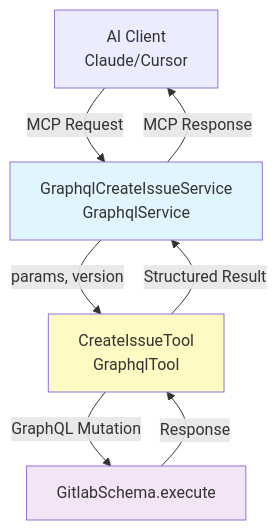
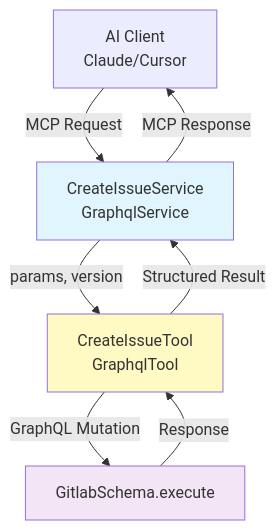
Before and after one commit to skratsch-solutions/gitlabhq: the diagram in doc/development/duo_agent_platform/mcp/graphql_integration.md, drawn with Mermaid. The commit also changed other lines of this file and 207 other files, not shown here.

````diff
--- a/doc/development/duo_agent_platform/mcp/graphql_integration.md
+++ b/doc/development/duo_agent_platform/mcp/graphql_integration.md
@@ -80,13 +80,13 @@
 ```mermaid
 graph TB
-    A[AI Client<br/>Claude/Cursor] -->|MCP Request| B[GraphqlCreateIssueService<br/>GraphqlService]
+    A[AI Client<br/>Claude/Cursor] -->|MCP Request| B[CreateIssueService<br/>GraphqlService]
     B -->|params, version| E[CreateIssueTool<br/>GraphqlTool]
     E -->|GraphQL Mutation| F[GitlabSchema.execute]
     F -->|Response| E
     E -->|Structured Result| B
     B -->|MCP Response| A
 
     style B fill:#e1f5fe
     style E fill:#fff9c4
     style F fill:#f3e5f5
 ```
````
